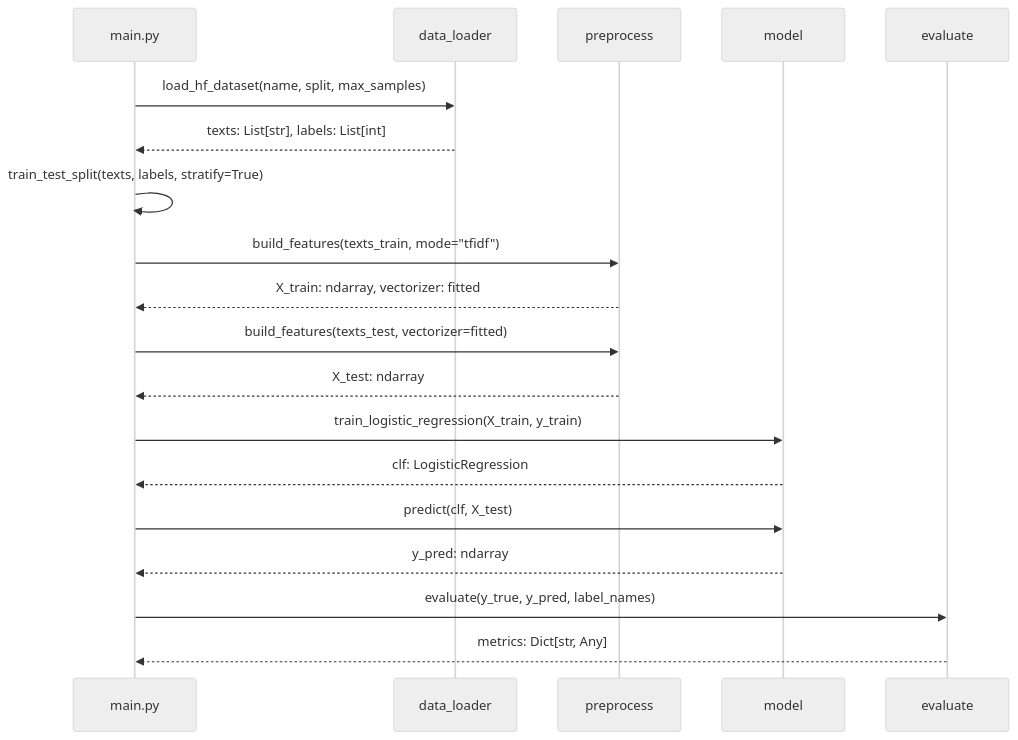
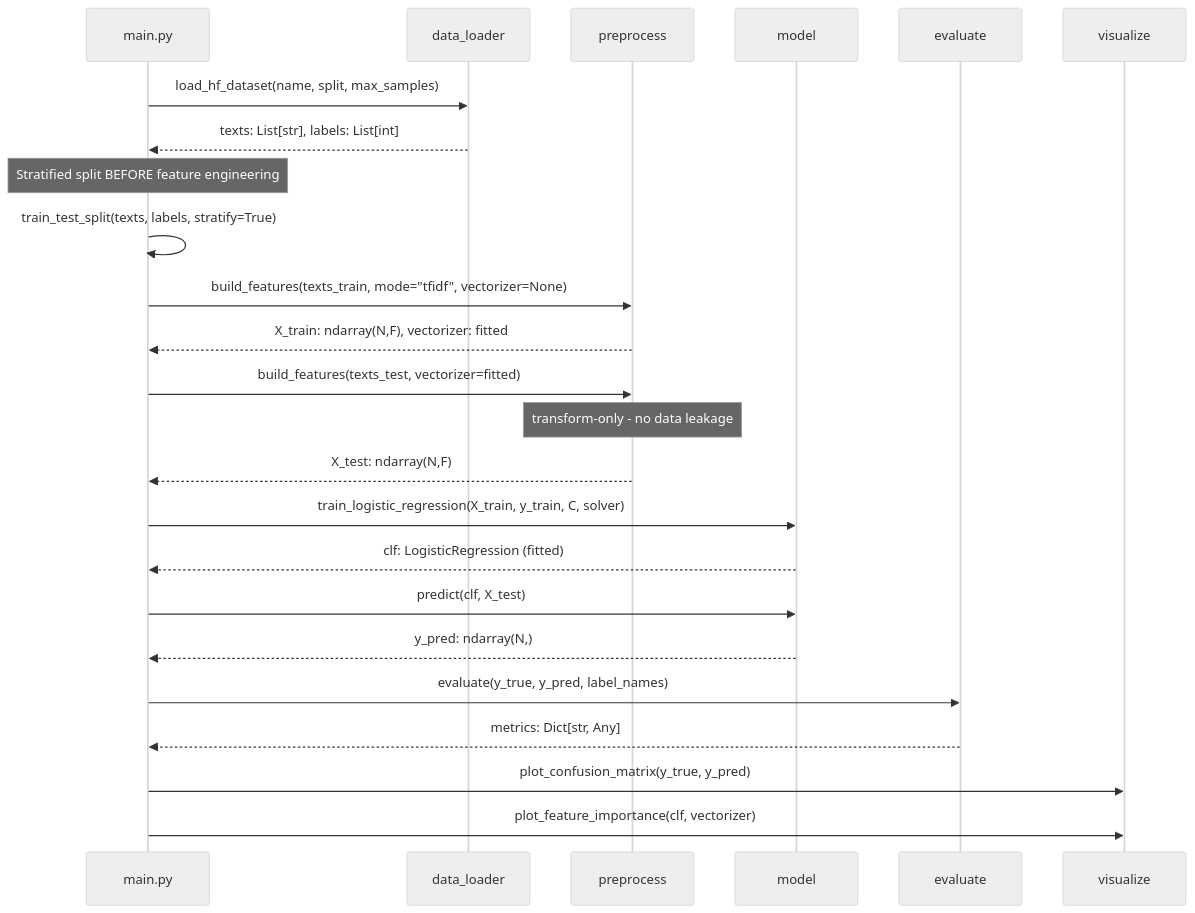
The third of 6 diagrams in README.md (hkevin01/logistic-regression-hf-classifier), drawn with Mermaid (neutral theme) before and after one commit. The commit also changed other lines of this file, not shown here.

````diff
--- a/README.md
+++ b/README.md
@@ -114,22 +192,27 @@
 ```mermaid
 sequenceDiagram
     participant M as main.py
     participant DL as data_loader
     participant PP as preprocess
     participant MOD as model
     participant EV as evaluate
+    participant VIZ as visualize
 
     M->>DL: load_hf_dataset(name, split, max_samples)
     DL-->>M: texts: List[str], labels: List[int]
+    Note over M: Stratified split BEFORE feature engineering
     M->>M: train_test_split(texts, labels, stratify=True)
-    M->>PP: build_features(texts_train, mode="tfidf")
-    PP-->>M: X_train: ndarray, vectorizer: fitted
+    M->>PP: build_features(texts_train, mode="tfidf", vectorizer=None)
+    PP-->>M: X_train: ndarray(N,F), vectorizer: fitted
     M->>PP: build_features(texts_test, vectorizer=fitted)
-    PP-->>M: X_test: ndarray
-    M->>MOD: train_logistic_regression(X_train, y_train)
-    MOD-->>M: clf: LogisticRegression
+    Note over PP: transform-only - no data leakage
+    PP-->>M: X_test: ndarray(N,F)
+    M->>MOD: train_logistic_regression(X_train, y_train, C, solver)
+    MOD-->>M: clf: LogisticRegression (fitted)
     M->>MOD: predict(clf, X_test)
-    MOD-->>M: y_pred: ndarray
+    MOD-->>M: y_pred: ndarray(N,)
     M->>EV: evaluate(y_true, y_pred, label_names)
     EV-->>M: metrics: Dict[str, Any]
+    M->>VIZ: plot_confusion_matrix(y_true, y_pred)
+    M->>VIZ: plot_feature_importance(clf, vectorizer)
 ```
````
